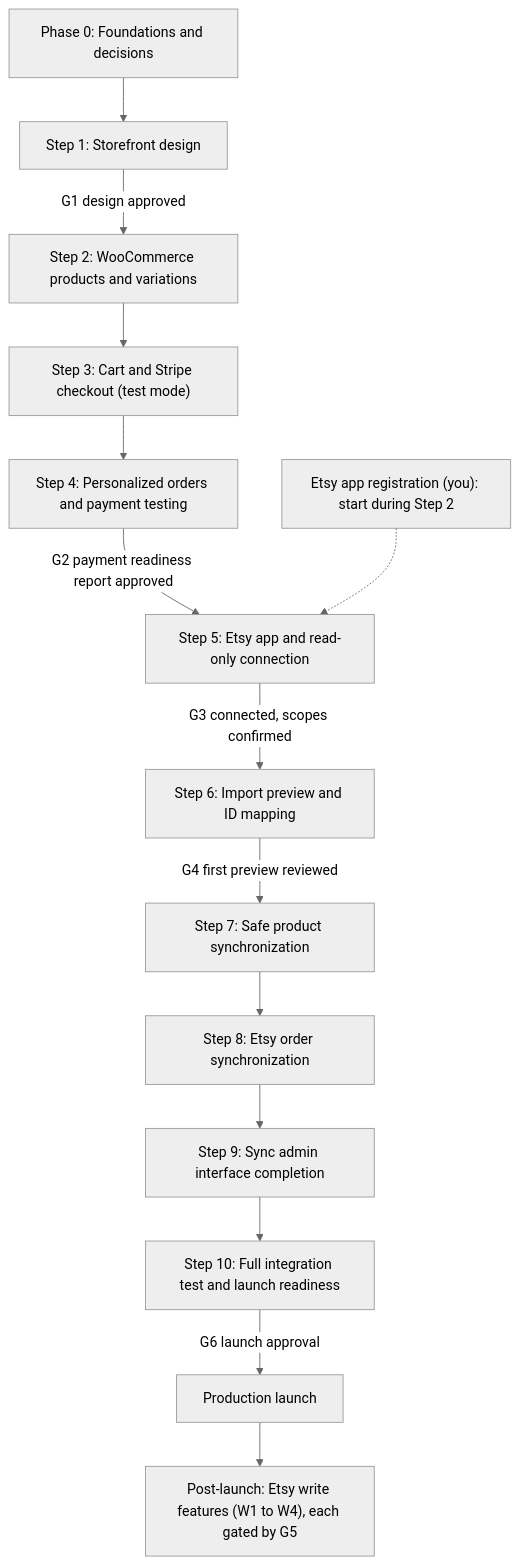
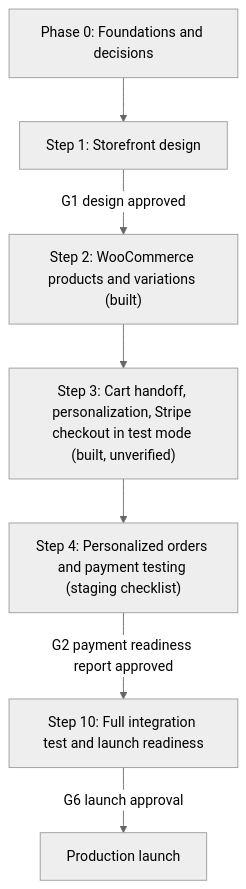
One commit to cyberbandit1998/KcPrintworks changed the diagram in docs/IMPLEMENTATION-PLAN.md. Above: the diagram before and after it, drawn with Mermaid (neutral theme). The commit also changed other lines of this file and 248 other files, not shown here.

````diff
--- a/docs/IMPLEMENTATION-PLAN.md
+++ b/docs/IMPLEMENTATION-PLAN.md
@@ -11,16 +13,9 @@
 ```mermaid
 flowchart TD
   P0["Phase 0: Foundations and decisions"] --> S1
   S1["Step 1: Storefront design"] -->|"G1 design approved"| S2
-  S2["Step 2: WooCommerce products and variations"] --> S3
-  S3["Step 3: Cart and Stripe checkout (test mode)"] --> S4
-  S4["Step 4: Personalized orders and payment testing"] -->|"G2 payment readiness report approved"| S5
-  S5["Step 5: Etsy app and read-only connection"] -->|"G3 connected, scopes confirmed"| S6
-  S6["Step 6: Import preview and ID mapping"] -->|"G4 first preview reviewed"| S7
-  S7["Step 7: Safe product synchronization"] --> S8
-  S8["Step 8: Etsy order synchronization"] --> S9
-  S9["Step 9: Sync admin interface completion"] --> S10
+  S2["Step 2: WooCommerce products and variations (built)"] --> S3
+  S3["Step 3: Cart handoff, personalization, Stripe checkout in test mode (built, unverified)"] --> S4
+  S4["Step 4: Personalized orders and payment testing (staging checklist)"] -->|"G2 payment readiness report approved"| S10
   S10["Step 10: Full integration test and launch readiness"] -->|"G6 launch approval"| L["Production launch"]
-  L --> F["Post-launch: Etsy write features (W1 to W4), each gated by G5"]
-  E["Etsy app registration (you): start during Step 2"] -.-> S5
 ```
````
